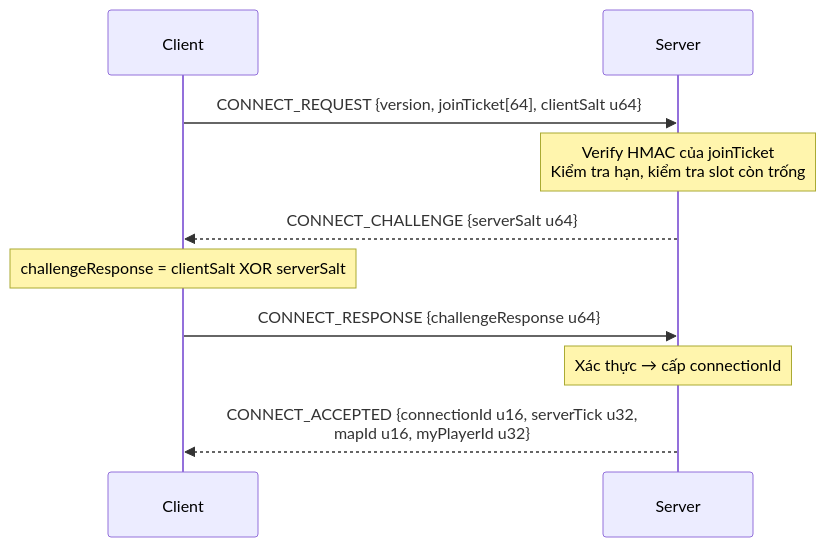
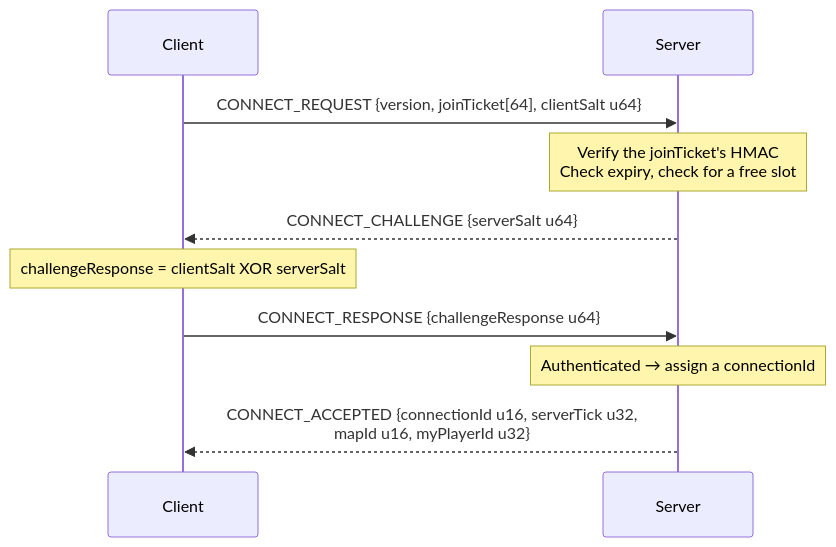
One commit to Nghaiz/LTM changed the first of 3 diagrams in plans/00-shared/protocol-spec.md. Above: the diagram before and after it, drawn with Mermaid. The commit also changed other lines of this file and 34 other files, not shown here.

````diff
--- a/plans/00-shared/protocol-spec.md
+++ b/plans/00-shared/protocol-spec.md
@@ -148,12 +148,12 @@
 ```mermaid
 sequenceDiagram
     participant C as Client
     participant S as Server
     C->>S: CONNECT_REQUEST {version, joinTicket[64], clientSalt u64}
-    Note over S: Verify HMAC của joinTicket<br/>Kiểm tra hạn, kiểm tra slot còn trống
+    Note over S: Verify the joinTicket's HMAC<br/>Check expiry, check for a free slot
     S-->>C: CONNECT_CHALLENGE {serverSalt u64}
     Note over C: challengeResponse = clientSalt XOR serverSalt
     C->>S: CONNECT_RESPONSE {challengeResponse u64}
-    Note over S: Xác thực → cấp connectionId
+    Note over S: Authenticated → assign a connectionId
     S-->>C: CONNECT_ACCEPTED {connectionId u16, serverTick u32,<br/>mapId u16, myPlayerId u32}
 ```
````
